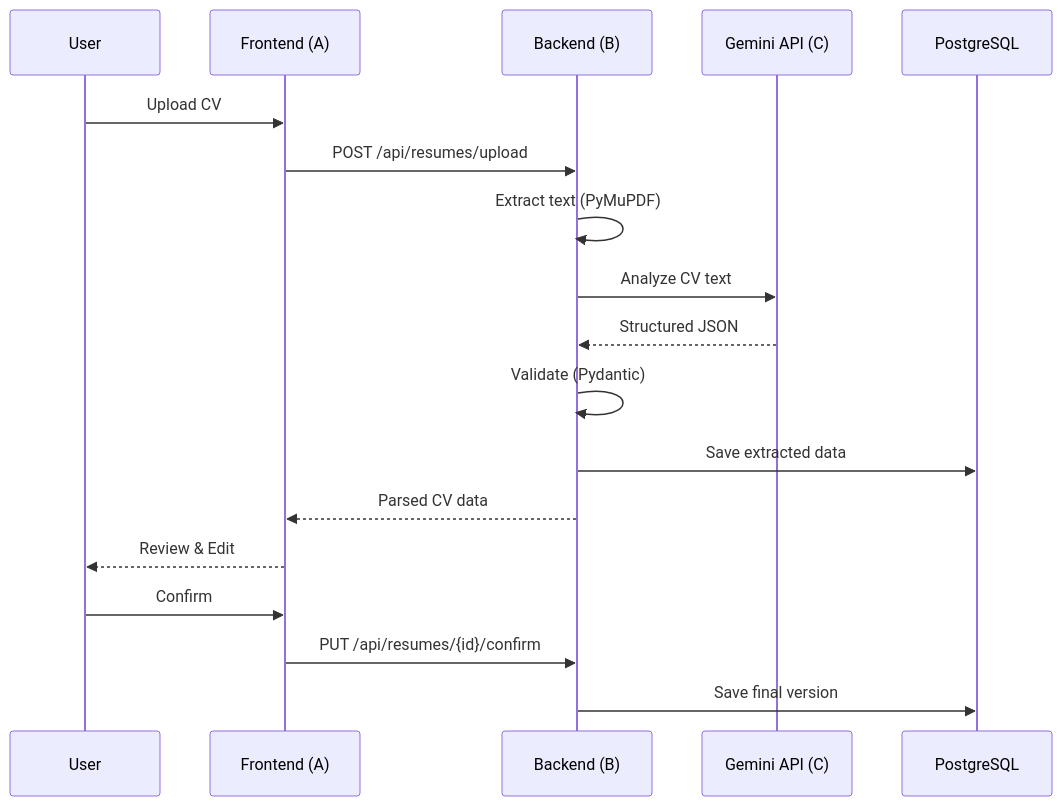
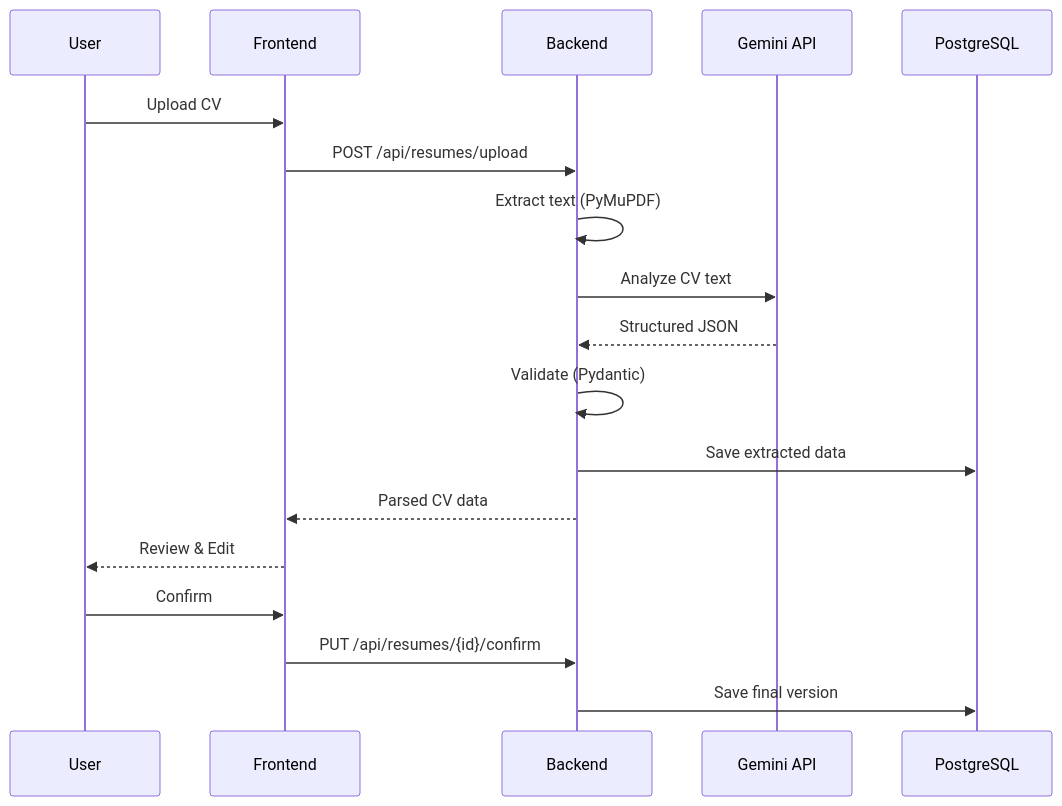
Before and after one commit to dyajaballh8/CareerPilot-AI: the sixth of 10 diagrams in docs/CareerPilot_AI_Plan.md, drawn with Mermaid. The commit also changed other lines of this file and 57 other files, not shown here.

Commit message:
feat: complete Phase 1 - modular architecture, multi-platform courses, enhanced UI and documentation

````diff
--- a/docs/CareerPilot_AI_Plan.md
+++ b/docs/CareerPilot_AI_Plan.md
@@ -275,21 +273,21 @@
 ```mermaid
 sequenceDiagram
     participant U as User
-    participant F as Frontend (A)
-    participant B as Backend (B)
-    participant G as Gemini API (C)
+    participant F as Frontend
+    participant B as Backend
+    participant G as Gemini API
     participant DB as PostgreSQL
 
     U->>F: Upload CV
     F->>B: POST /api/resumes/upload
     B->>B: Extract text (PyMuPDF)
     B->>G: Analyze CV text
     G-->>B: Structured JSON
     B->>B: Validate (Pydantic)
     B->>DB: Save extracted data
     B-->>F: Parsed CV data
     F-->>U: Review & Edit
     U->>F: Confirm
     F->>B: PUT /api/resumes/{id}/confirm
     B->>DB: Save final version
 ```
````
